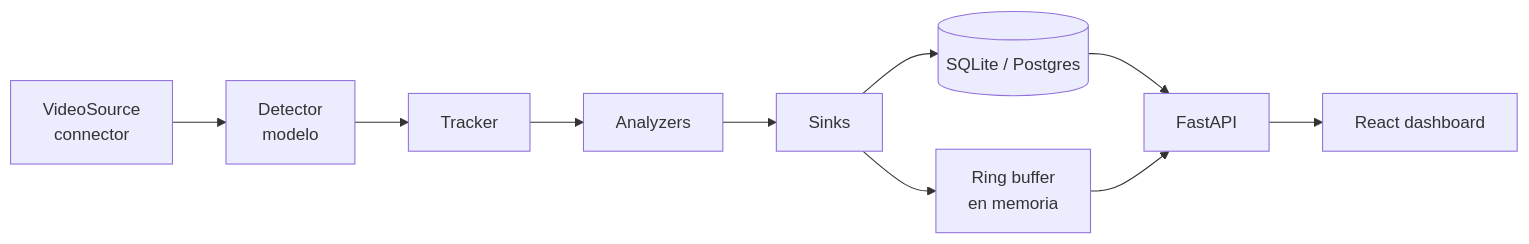
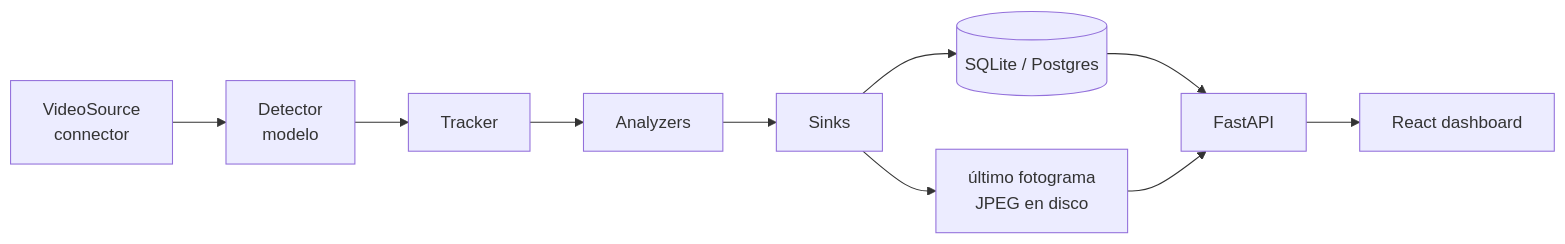
Before and after one commit to Pablink18dos2/cv-platform: the diagram in _docs/architecture.md, drawn with Mermaid. The commit also changed other lines of this file and 4 other files, not shown here.

````diff
--- a/_docs/architecture.md
+++ b/_docs/architecture.md
@@ -12,12 +12,12 @@
 ```mermaid
 flowchart LR
     S[VideoSource<br/>connector] --> D[Detector<br/>modelo]
     D --> T[Tracker]
     T --> A[Analyzers]
     A --> K[Sinks]
     K --> DB[(SQLite / Postgres)]
-    K --> RB[Ring buffer<br/>en memoria]
+    K --> JPG[último fotograma<br/>JPEG en disco]
     DB --> API[FastAPI]
-    RB --> API
+    JPG --> API
     API --> UI[React dashboard]
 ```
````
